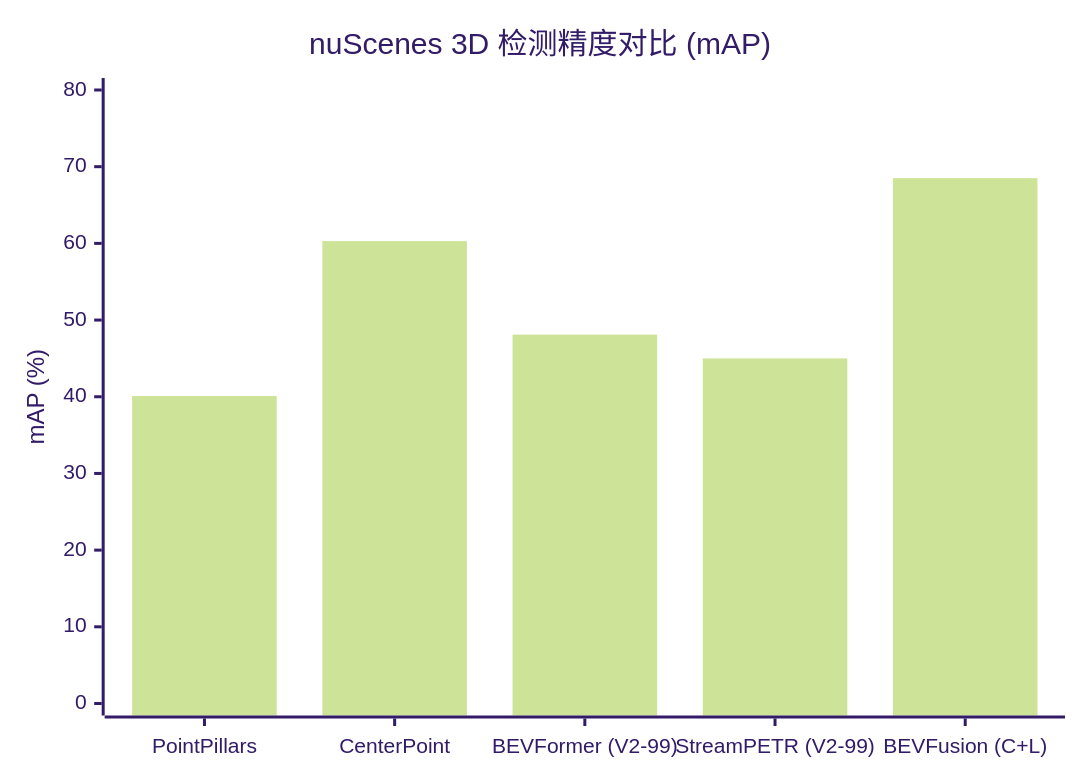
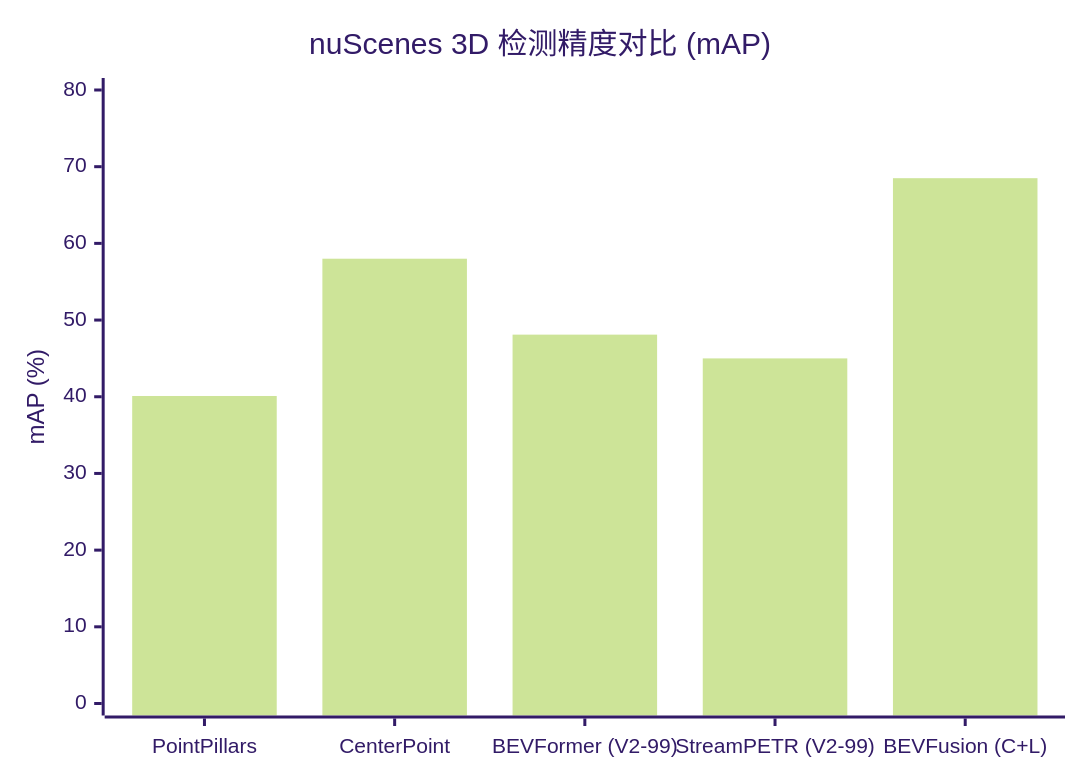
One commit to ranpin/edge-ai-docs changed the second of 4 diagrams in ad/general/perception.md. Above: the diagram before and after it, drawn with Mermaid (forest theme). The commit also changed other lines of this file and 7 other files, not shown here.

````diff
--- a/ad/general/perception.md
+++ b/ad/general/perception.md
@@ -97,7 +133,7 @@
 ```mermaid
 xychart-beta
     title "nuScenes 3D 检测精度对比 (mAP)"
     x-axis ["PointPillars", "CenterPoint", "BEVFormer (V2-99)", "StreamPETR (V2-99)", "BEVFusion (C+L)"]
     y-axis "mAP (%)" 0 --> 80
-    bar [40.1, 60.3, 48.1, 45, 68.5]
+    bar [40.1, 58.0, 48.1, 45, 68.5]
 ```
````
